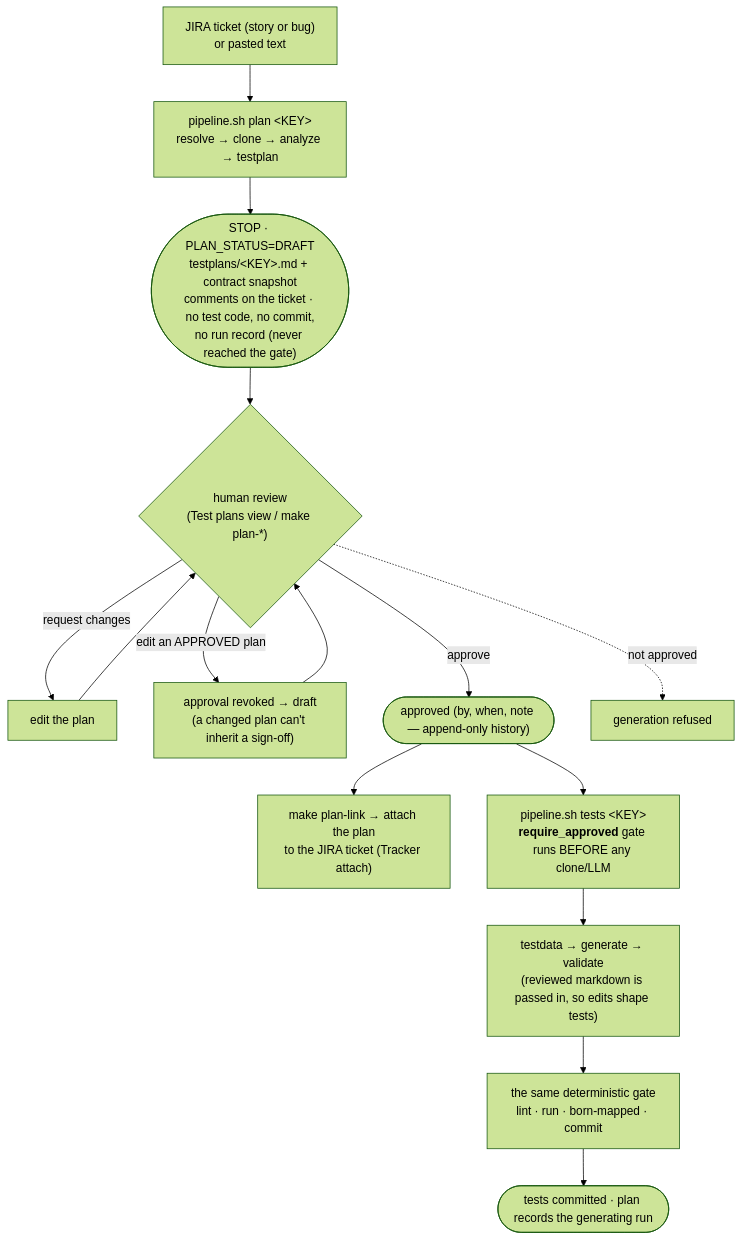
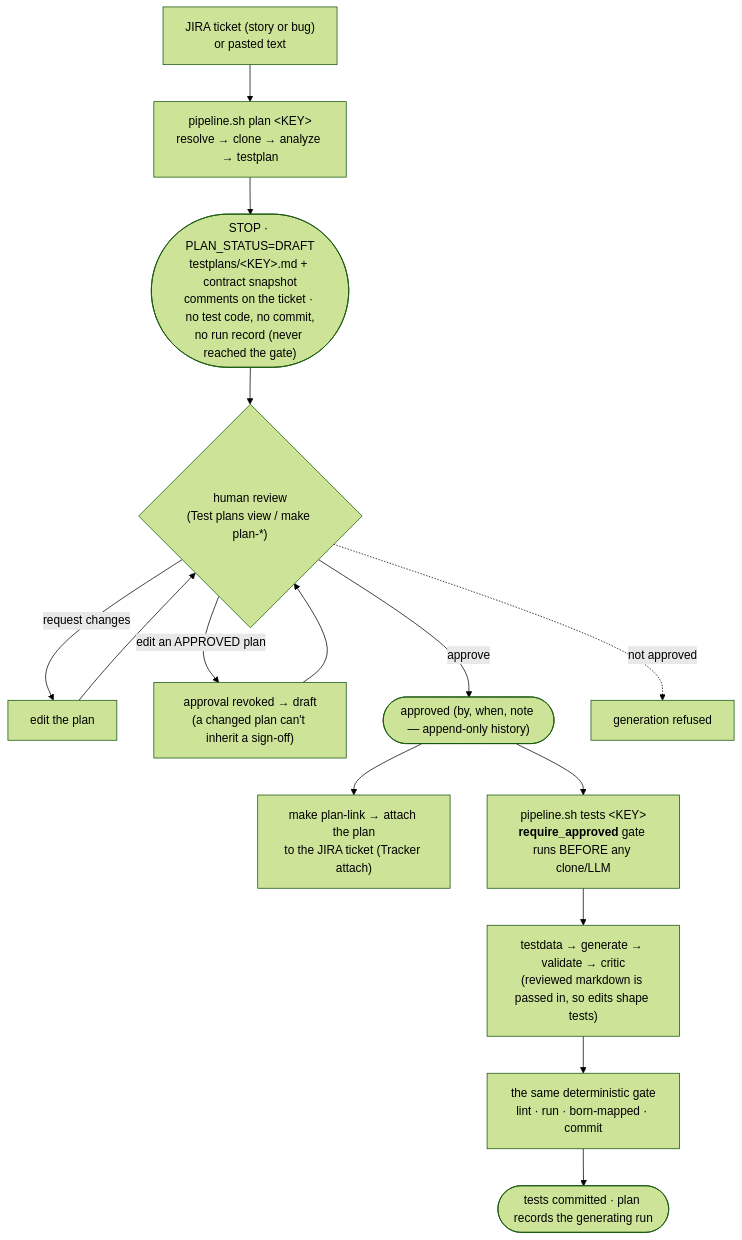
Diagram 14 of 15 in docs/diagrams.md (anandtopu/auto-tests-gen), drawn with Mermaid (forest theme) before and after one commit. The commit also changed other lines of this file and 25 other files, not shown here.

````diff
--- a/docs/diagrams.md
+++ b/docs/diagrams.md
@@ -385,17 +387,17 @@
 ```mermaid
 flowchart TD
     T["JIRA ticket (story or bug)<br/>or pasted text"] --> P1["pipeline.sh plan &lt;KEY&gt;<br/>resolve → clone → analyze → testplan"]
     P1 --> STOP(["STOP · PLAN_STATUS=DRAFT<br/>testplans/&lt;KEY&gt;.md + contract snapshot<br/>comments on the ticket · no test code, no commit,<br/>no run record (never reached the gate)"])
     STOP --> RV{"human review<br/>(Test plans view / make plan-*)"}
     RV -- "request changes" --> ED["edit the plan"]
     ED --> RV
     RV -- "edit an APPROVED plan" --> REVOKE["approval revoked → draft<br/>(a changed plan can't inherit a sign-off)"]
     REVOKE --> RV
     RV -- approve --> AP(["approved (by, when, note — append-only history)"])
     AP --> LINK["make plan-link → attach the plan<br/>to the JIRA ticket (Tracker attach)"]
     AP --> GEN["pipeline.sh tests &lt;KEY&gt;<br/><b>require_approved</b> gate runs BEFORE any clone/LLM"]
-    GEN --> PH["testdata → generate → validate<br/>(reviewed markdown is passed in, so edits shape tests)"]
+    GEN --> PH["testdata → generate → validate → critic<br/>(reviewed markdown is passed in, so edits shape tests)"]
     PH --> GATE["the same deterministic gate<br/>lint · run · born-mapped · commit"]
     GATE --> DONE(["tests committed · plan records the generating run"])
     RV -. "not approved" .-> BLOCK["generation refused"]
 ```
````
